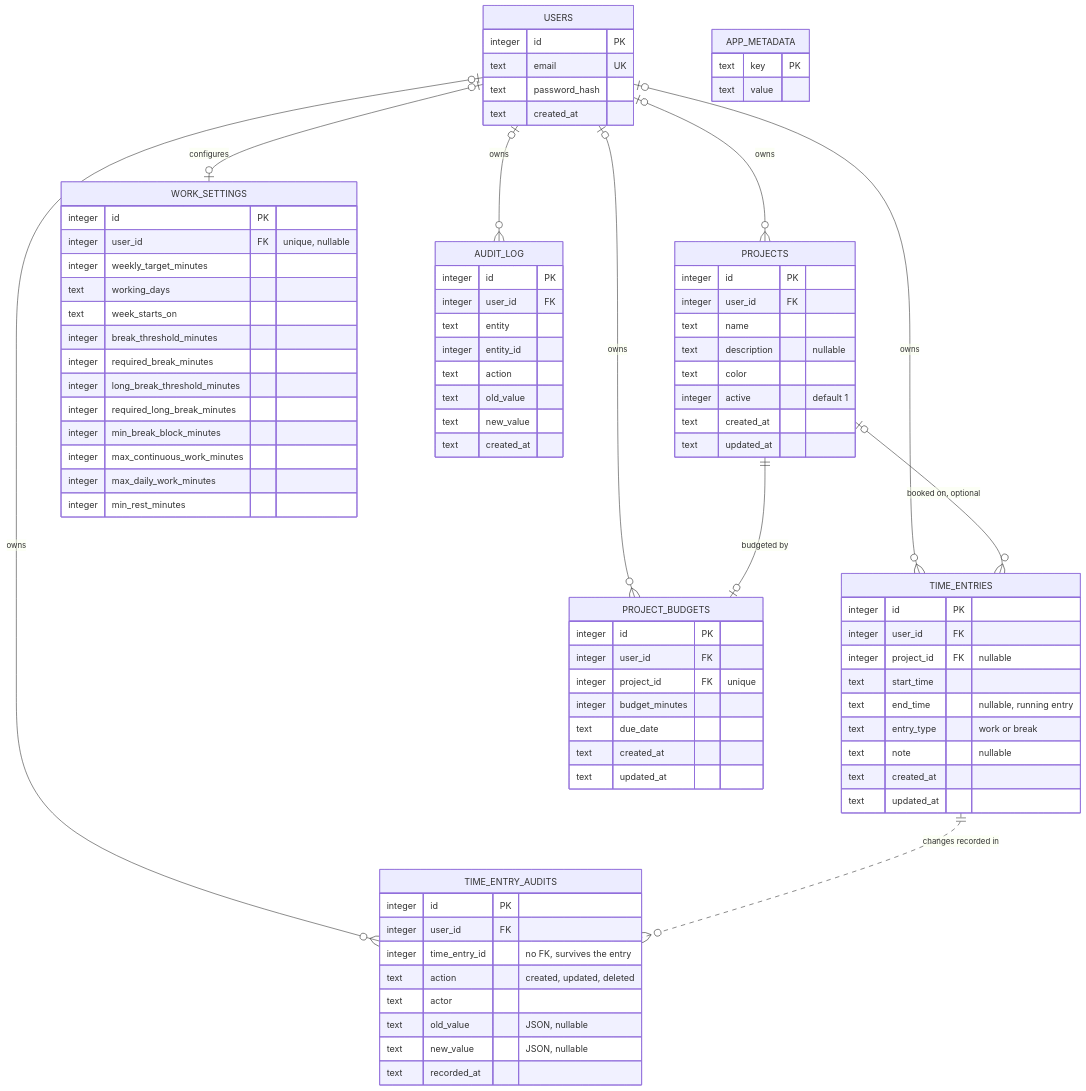
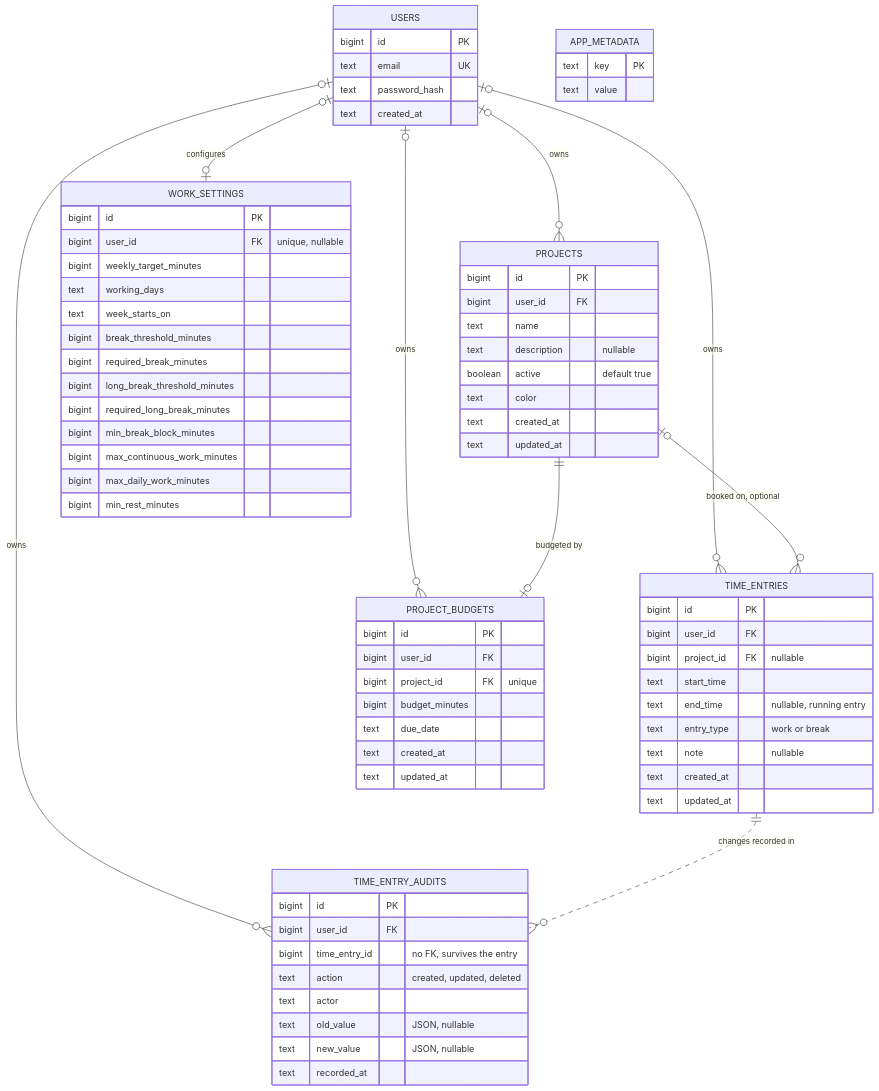
One commit to serious6/WorkTimeTracker changed the third of 3 diagrams in docs/data-model.md. Above: the diagram before and after it, drawn with Mermaid. The commit also changed other lines of this file and 129 other files, not shown here.

```diff
--- a/docs/data-model.md
+++ b/docs/data-model.md
@@ -93,40 +86,29 @@
   USERS o|--o| WORK_SETTINGS : configures
   USERS o|--o{ TIME_ENTRY_AUDITS : owns
   TIME_ENTRIES ||..o{ TIME_ENTRY_AUDITS : "changes recorded in"
-  USERS o|--o{ AUDIT_LOG : owns
   PROJECTS o|--o{ TIME_ENTRIES : "booked on, optional"
   PROJECTS ||--o| PROJECT_BUDGETS : "budgeted by"
 
   USERS {
-    integer id PK
+    bigint id PK
     text email UK
     text password_hash
     text created_at
   }
-  AUDIT_LOG {
-    integer id PK
-    integer user_id FK
-    text entity
-    integer entity_id
-    text action
-    text old_value
-    text new_value
-    text created_at
-  }
   PROJECTS {
-    integer id PK
-    integer user_id FK
+    bigint id PK
+    bigint user_id FK
     text name
     text description "nullable"
+    boolean active "default true"
     text color
-    integer active "default 1"
     text created_at
     text updated_at
   }
   TIME_ENTRIES {
-    integer id PK
-    integer user_id FK
-    integer project_id FK "nullable"
+    bigint id PK
+    bigint user_id FK
+    bigint project_id FK "nullable"
     text start_time
     text end_time "nullable, running entry"
     text entry_type "work or break"
@@ -135,9 +117,9 @@
     text updated_at
   }
   TIME_ENTRY_AUDITS {
-    integer id PK
-    integer user_id FK
-    integer time_entry_id "no FK, survives the entry"
+    bigint id PK
+    bigint user_id FK
+    bigint time_entry_id "no FK, survives the entry"
     text action "created, updated, deleted"
     text actor
     text old_value "JSON, nullable"
@@ -145,28 +127,28 @@
     text recorded_at
   }
   PROJECT_BUDGETS {
-    integer id PK
-    integer user_id FK
-    integer project_id FK "unique"
-    integer budget_minutes
+    bigint id PK
+    bigint user_id FK
+    bigint project_id FK "unique"
+    bigint budget_minutes
     text due_date
     text created_at
     text updated_at
   }
   WORK_SETTINGS {
-    integer id PK
-    integer user_id FK "unique, nullable"
-    integer weekly_target_minutes
+    bigint id PK
+    bigint user_id FK "unique, nullable"
+    bigint weekly_target_minutes
     text working_days
     text week_starts_on
-    integer break_threshold_minutes
-    integer required_break_minutes
-    integer long_break_threshold_minutes
-    integer required_long_break_minutes
-    integer min_break_block_minutes
-    integer max_continuous_work_minutes
-    integer max_daily_work_minutes
-    integer min_rest_minutes
+    bigint break_threshold_minutes
+    bigint required_break_minutes
+    bigint long_break_threshold_minutes
+    bigint required_long_break_minutes
+    bigint min_break_block_minutes
+    bigint max_continuous_work_minutes
+    bigint max_daily_work_minutes
+    bigint min_rest_minutes
   }
   APP_METADATA {
     text key PK
```
